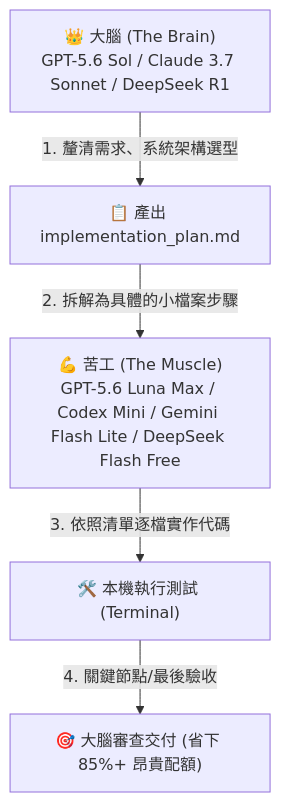
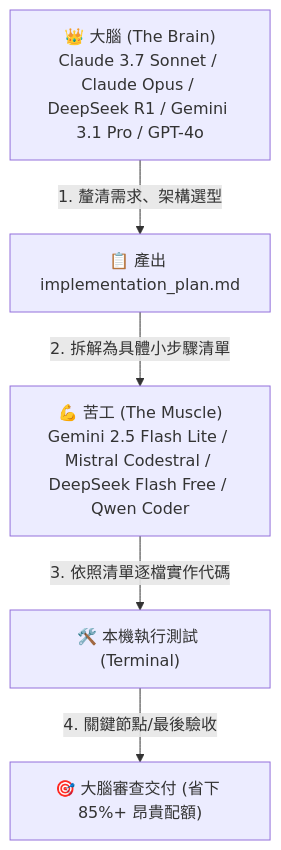
The first of 2 diagrams in README.md (xup61069/HakkaAICODE), drawn with Mermaid before and after one commit. The commit also changed other lines of this file and 11 other files, not shown here.

````diff
--- a/README.md
+++ b/README.md
@@ -38,7 +38,7 @@
 ```mermaid
 flowchart TD
-    A["👑 大腦 (The Brain)<br>GPT-5.6 Sol / Claude 3.7 Sonnet / DeepSeek R1"] -->|1. 釐清需求、系統架構選型| B["📋 產出 implementation_plan.md"]
-    B -->|2. 拆解為具體的小檔案步驟| C["💪 苦工 (The Muscle)<br>GPT-5.6 Luna Max / Codex Mini / Gemini Flash Lite / DeepSeek Flash Free"]
+    A["👑 大腦 (The Brain)<br>Claude 3.7 Sonnet / Claude Opus / DeepSeek R1 / Gemini 3.1 Pro / GPT-4o"] -->|1. 釐清需求、架構選型| B["📋 產出 implementation_plan.md"]
+    B -->|2. 拆解為具體小步驟清單| C["💪 苦工 (The Muscle)<br>Gemini 2.5 Flash Lite / Mistral Codestral / DeepSeek Flash Free / Qwen Coder"]
     C -->|3. 依照清單逐檔實作代碼| D["🛠️ 本機執行測試 (Terminal)"]
     D -->|4. 關鍵節點/最後驗收| E["🎯 大腦審查交付 (省下 85%+ 昂貴配額)"]
 ```
````
